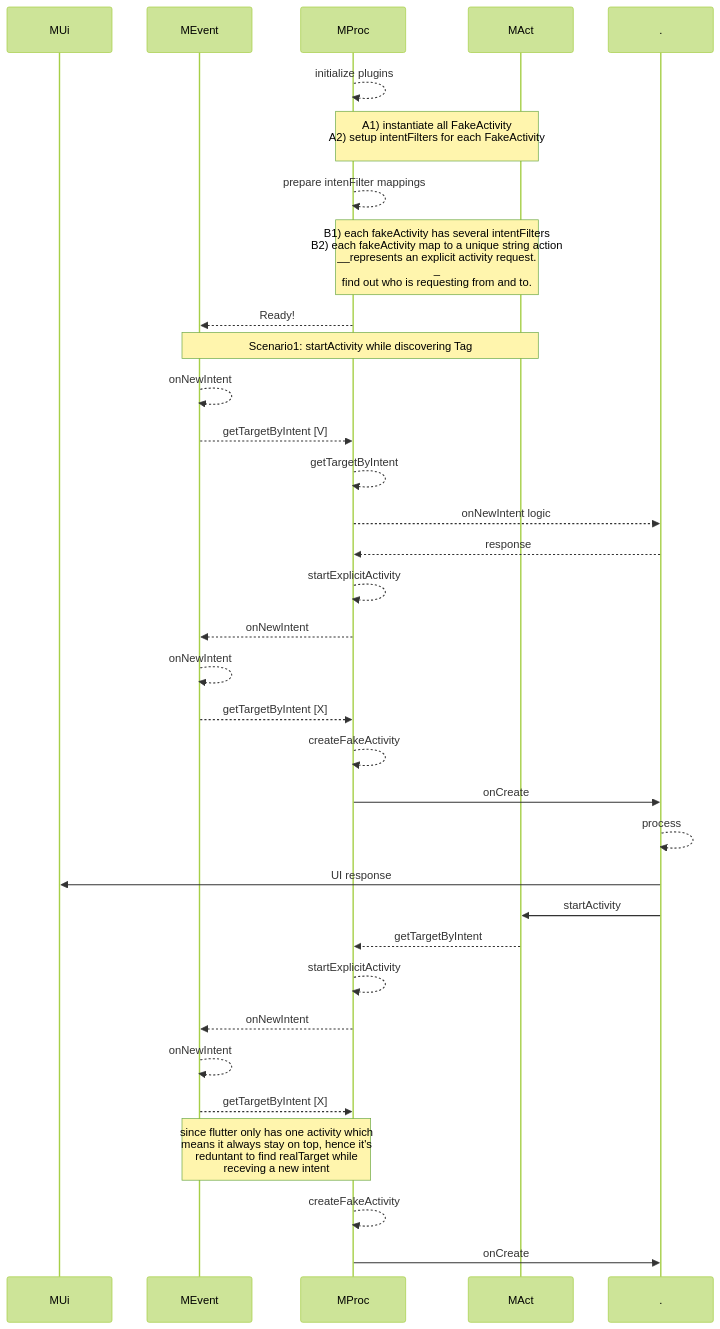
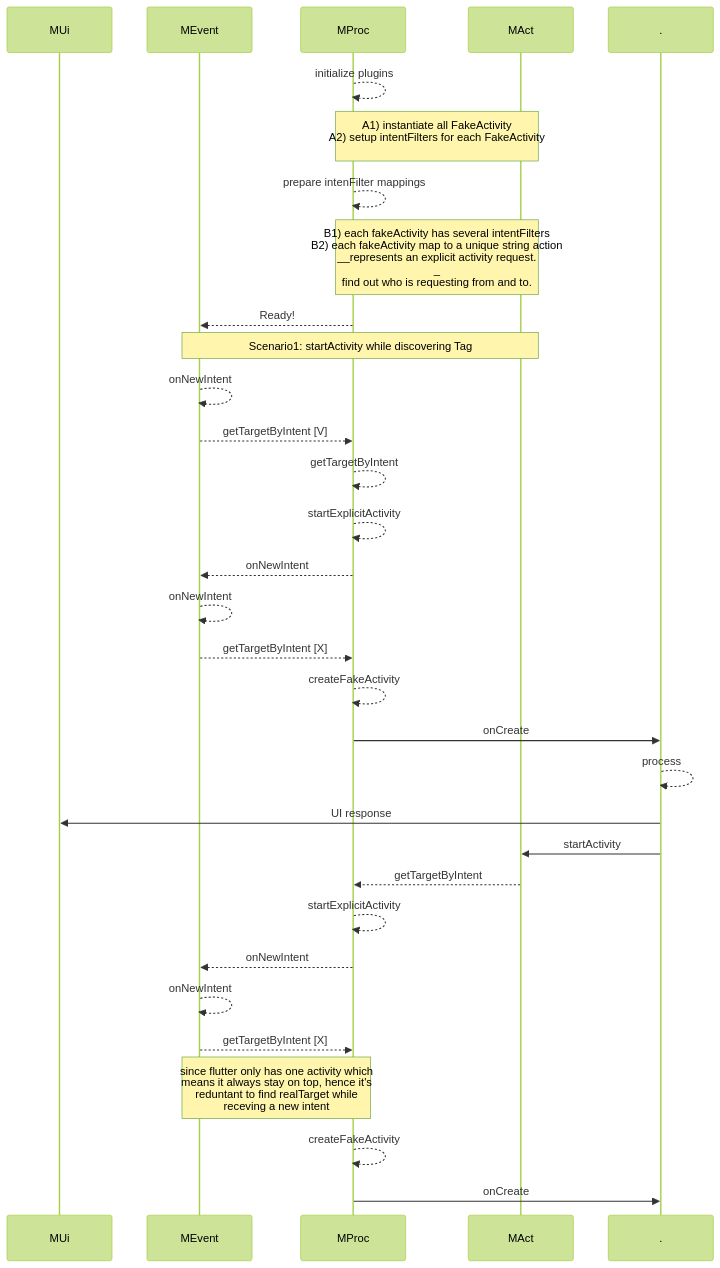
Before and after one commit to gordianknotC/nxp_note: the third of 6 diagrams in flutter/android_to_flutter.md, drawn with Mermaid (forest theme). The commit also changed other lines of this file, not shown here.

````diff
--- a/flutter/android_to_flutter.md
+++ b/flutter/android_to_flutter.md
@@ -50,46 +50,45 @@
 ```mermaid
 sequenceDiagram
 participant MUi
 participant MEvent
 participant MProc
 participant MAct
 participant .
 
 MProc-->>MProc: initialize plugins
 Note over MProc,MAct: A1) instantiate all FakeActivity<br>A2) setup intentFilters for each FakeActivity<br>
 
 MProc-->>MProc: prepare intenFilter mappings
 Note over MProc, MAct: B1) each fakeActivity has several intentFilters<br>B2) each fakeActivity map to a unique string action<br>__represents an explicit activity request.<br>_<br> find out who is requesting from and to.
 
 MProc-->>MEvent: Ready!
 
 Note over MEvent, MAct: Scenario1: startActivity while discovering Tag
 MEvent-->>MEvent: onNewIntent
 
 MEvent-->>MProc: getTargetByIntent [V]
 MProc-->>MProc: getTargetByIntent
-MProc-->> . : onNewIntent logic
-. -->> MProc : response
+
 MProc-->>MProc: startExplicitActivity
 MProc-->>MEvent: onNewIntent
 MEvent-->>MEvent: onNewIntent
 MEvent-->>MProc: getTargetByIntent [X]
 
 MProc-->>MProc: createFakeActivity
 MProc->> . : onCreate
 . -->> . : process
 . ->> MUi: UI response
 . ->> MAct: startActivity
 MAct -->> MProc: getTargetByIntent
 MProc -->> MProc: startExplicitActivity
 MProc -->> MEvent: onNewIntent
 MEvent -->> MEvent: onNewIntent
 MEvent -->> MProc: getTargetByIntent [X]
 
 Note over MEvent, MProc: since flutter only has one activity which<br> means it always stay on top, hence it's<br> reduntant to find realTarget while <br>receving a new intent
 
 MProc -->> MProc: createFakeActivity
 MProc ->> . : onCreate
 
 
 ```
````
